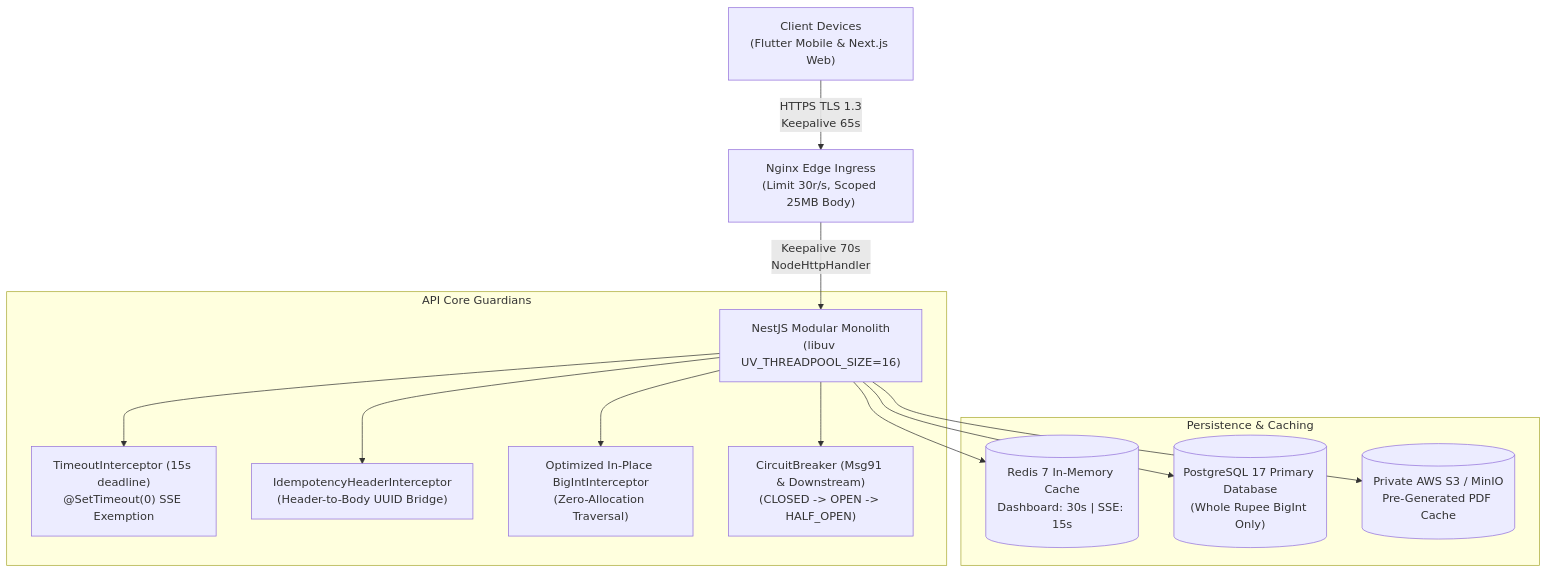
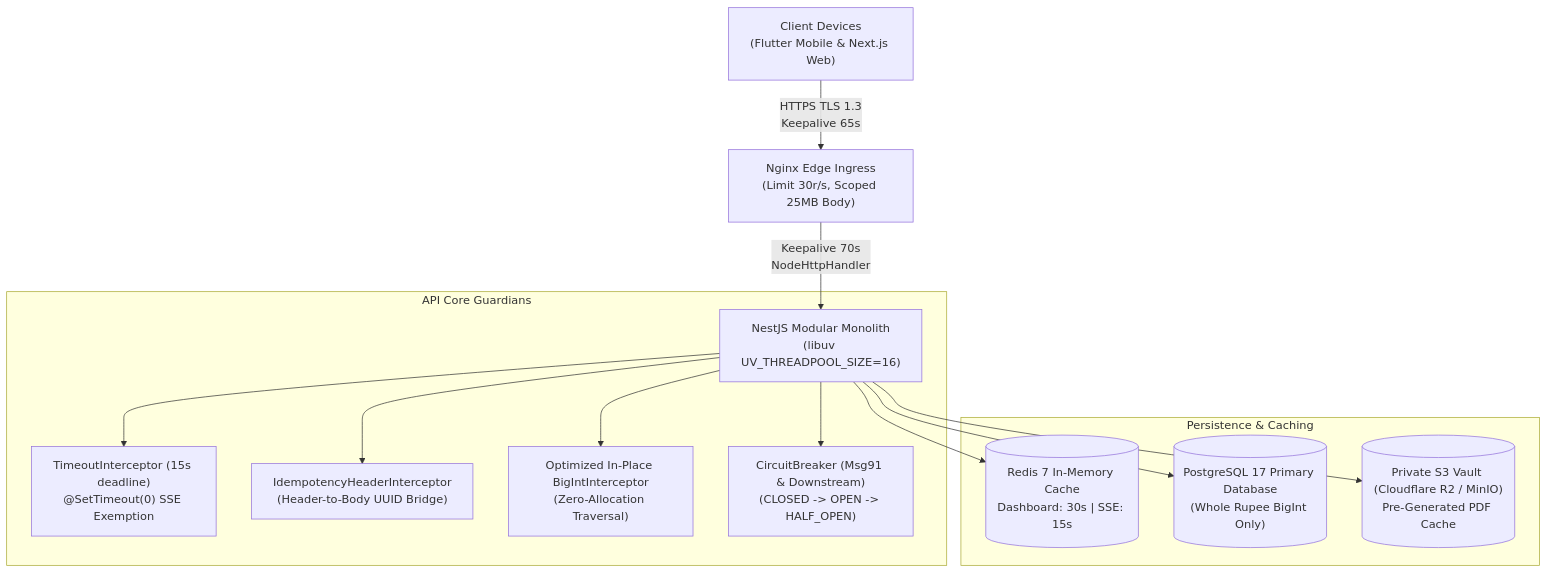
The first of 2 diagrams in docs/03-architecture/api-resilience-and-traffic-hardening.md (Kathir-24/Kumaran-finance), drawn with Mermaid before and after one commit. The commit also changed other lines of this file and 21 other files, not shown here.

First line of the commit message:
docs(infra): ensure all markdown guides establish linux vps and cloudflare r2 as production architecture

````diff
--- a/docs/03-architecture/api-resilience-and-traffic-hardening.md
+++ b/docs/03-architecture/api-resilience-and-traffic-hardening.md
@@ -19,18 +19,18 @@
 ```mermaid
 flowchart TD
     Client["Client Devices\n(Flutter Mobile & Next.js Web)"] -->|HTTPS TLS 1.3\nKeepalive 65s| Ingress["Nginx Edge Ingress\n(Limit 30r/s, Scoped 25MB Body)"]
     Ingress -->|Keepalive 70s\nNodeHttpHandler| API["NestJS Modular Monolith\n(libuv UV_THREADPOOL_SIZE=16)"]
     
     subgraph "API Core Guardians"
         API --> TimeoutInt["TimeoutInterceptor (15s deadline)\n@SetTimeout(0) SSE Exemption"]
         API --> IdempotencyInt["IdempotencyHeaderInterceptor\n(Header-to-Body UUID Bridge)"]
         API --> BigIntInt["Optimized In-Place BigIntInterceptor\n(Zero-Allocation Traversal)"]
         API --> CB["CircuitBreaker (Msg91 & Downstream)\n(CLOSED -> OPEN -> HALF_OPEN)"]
     end
 
     subgraph "Persistence & Caching"
         API --> Redis[("Redis 7 In-Memory Cache\nDashboard: 30s | SSE: 15s")]
         API --> DB[("PostgreSQL 17 Primary Database\n(Whole Rupee BigInt Only)")]
-        API --> S3[("Private AWS S3 / MinIO\nPre-Generated PDF Cache")]
+        API --> S3[("Private S3 Vault (Cloudflare R2 / MinIO)\nPre-Generated PDF Cache")]
     end
 ```
````
